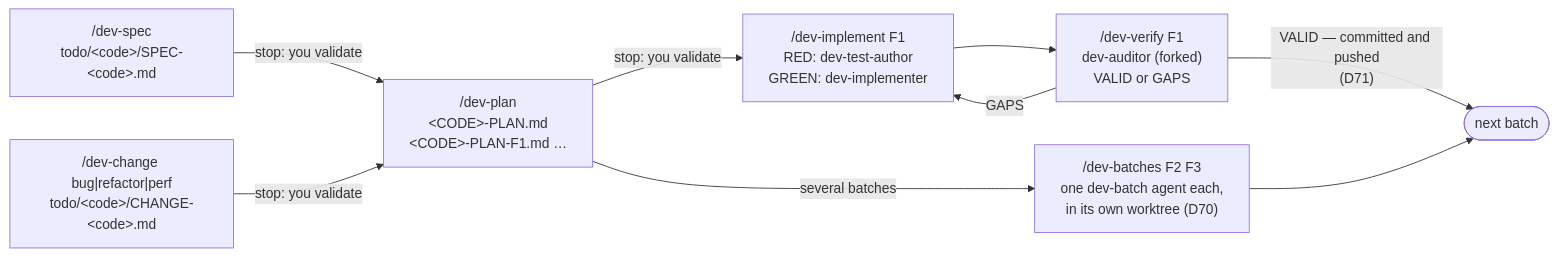
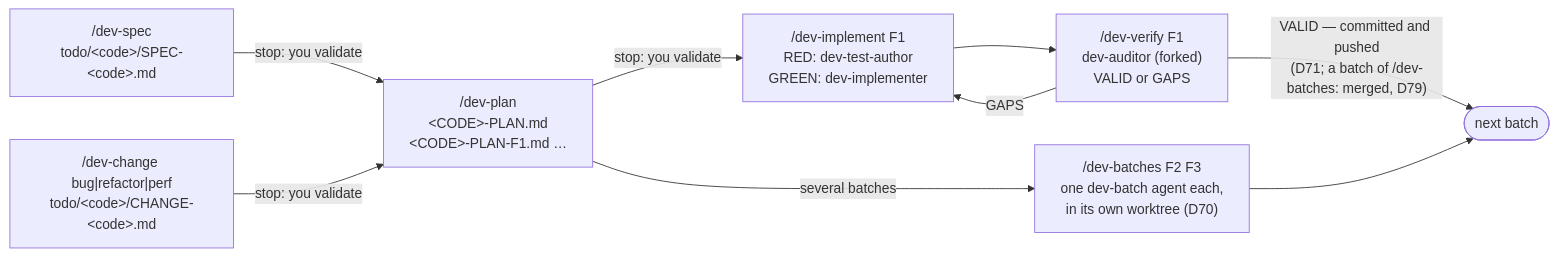
Before and after one commit to Orkeon/orkeon-workshop: the fifth of 6 diagrams in docs/profiles-design.md, drawn with Mermaid. The commit also changed other lines of this file and 8 other files, not shown here.

Commit message:
A batch branch of /dev-batches is local: merged --ff-only into the work branch by the orchestrator, one push and one pull request at the close (D79, amends D71)

````diff
--- a/docs/profiles-design.md
+++ b/docs/profiles-design.md
@@ -345,11 +345,11 @@
 ```mermaid
 flowchart LR
     s["/dev-spec<br/>todo/&lt;code&gt;/SPEC-&lt;code&gt;.md"] -->|"stop: you validate"| p["/dev-plan<br/>&lt;CODE&gt;-PLAN.md<br/>&lt;CODE&gt;-PLAN-F1.md …"]
     c["/dev-change bug|refactor|perf<br/>todo/&lt;code&gt;/CHANGE-&lt;code&gt;.md"] -->|"stop: you validate"| p
     p -->|"stop: you validate"| b["/dev-implement F1<br/>RED: dev-test-author<br/>GREEN: dev-implementer"]
     b --> v["/dev-verify F1<br/>dev-auditor (forked)<br/>VALID or GAPS"]
     v -->|GAPS| b
-    v -->|"VALID — committed and pushed<br/>(D71)"| n(["next batch"])
+    v -->|"VALID — committed and pushed<br/>(D71; a batch of /dev-batches: merged, D79)"| n(["next batch"])
     p -->|"several batches"| bb["/dev-batches F2 F3<br/>one dev-batch agent each,<br/>in its own worktree (D70)"]
     bb --> n
 ```
````
